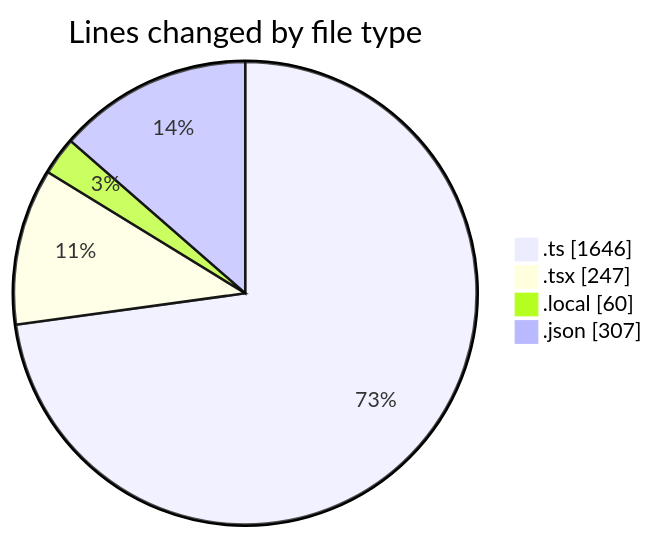
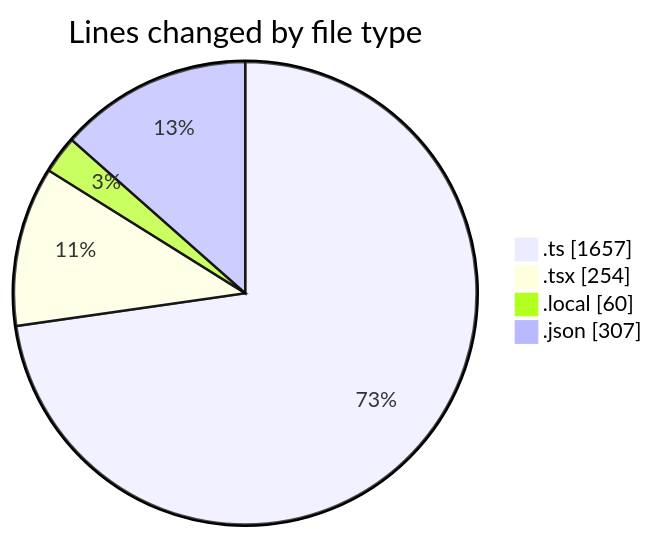
One commit to julien-gomy/code-tracking changed the first of 2 diagrams in 2025-11-26/eventscop-frontend-guide__workspace_/README.md. Above: the diagram before and after it, drawn with Mermaid. The commit also changed other lines of this file and 1 other file, not shown here.

````diff
--- a/2025-11-26/eventscop-frontend-guide__workspace_/README.md
+++ b/2025-11-26/eventscop-frontend-guide__workspace_/README.md
@@ -28,8 +28,8 @@
 ```mermaid
 pie showData
 title Lines changed by file type
-".ts" : 1646
-".tsx" : 247
+".ts" : 1657
+".tsx" : 254
 ".local" : 60
 ".json" : 307
 ```
````
